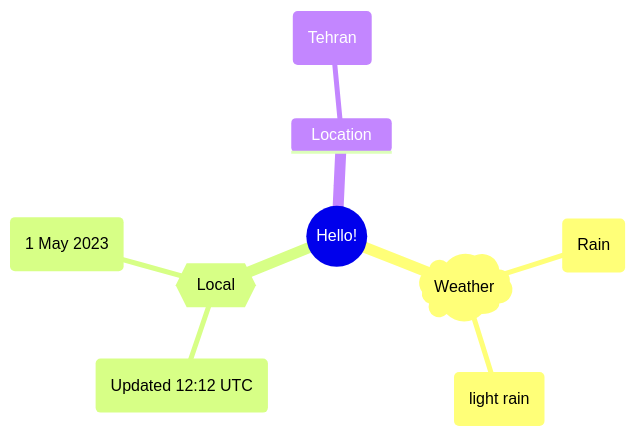
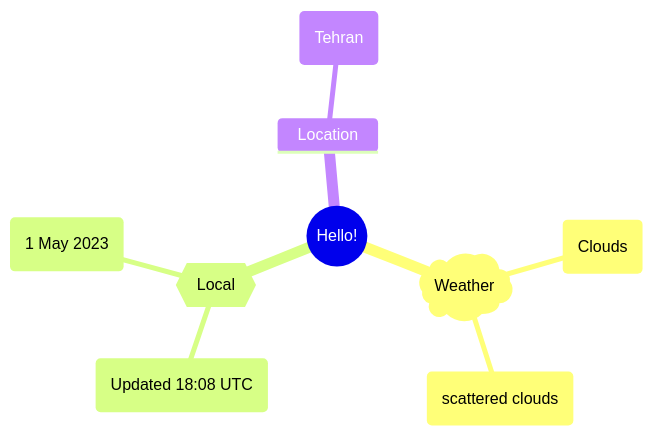
Before and after one commit to Xosrov/Xosrov: the first of 2 diagrams in README.md, drawn with Mermaid.

Commit message:
[bot] updated images

````diff
--- a/README.md
+++ b/README.md
@@ -3,12 +3,12 @@
 ```mermaid
 mindmap
   root((Hello!))
     )Weather(
-        (Rain)
-        (light rain)
+        (Clouds)
+        (scattered clouds)
     {{Local}}
-        (Updated 12:12 UTC)
+        (Updated 18:08 UTC)
         (1 May 2023)
     Location
         (Tehran)
 ```
````
